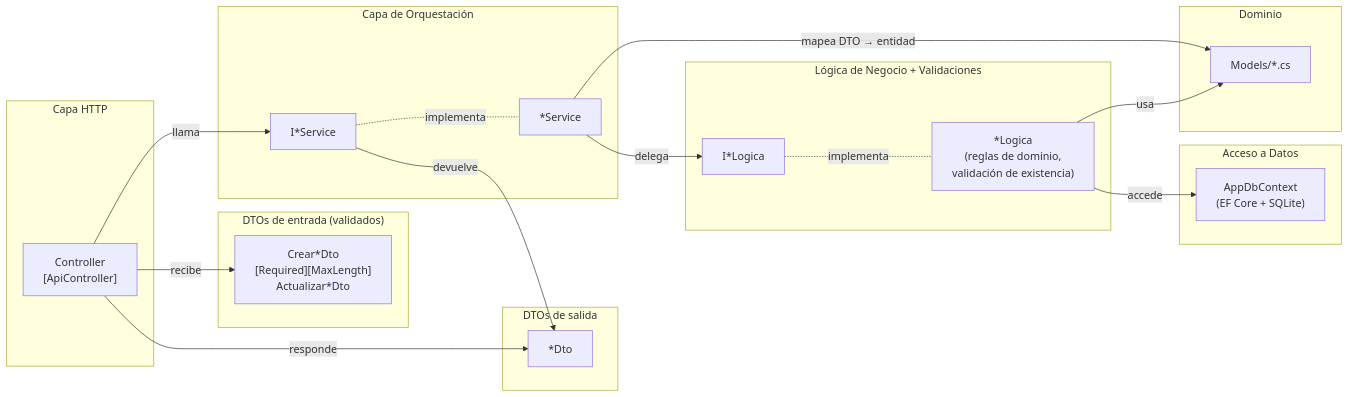
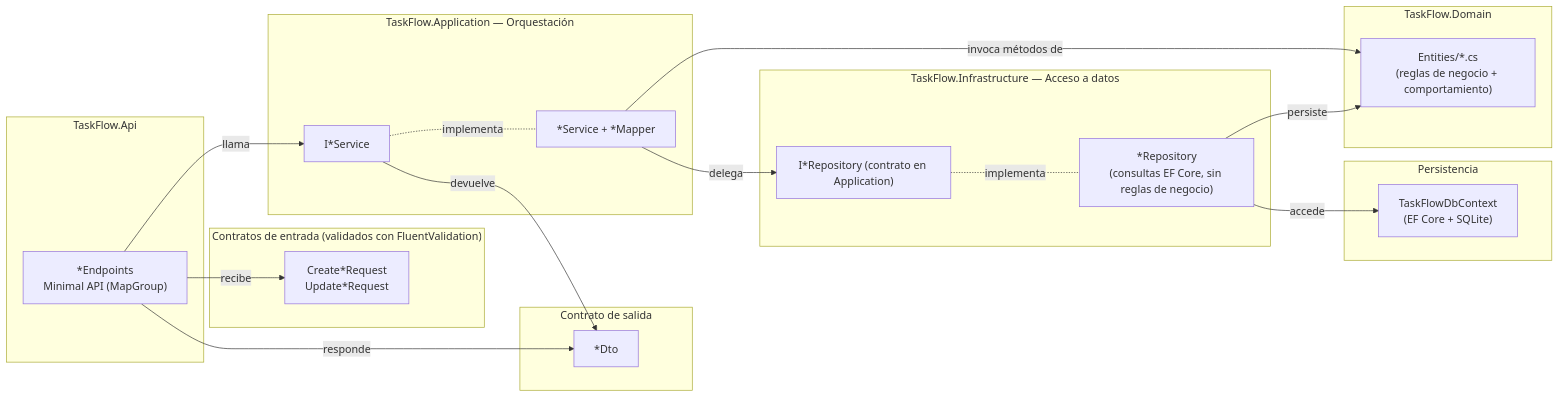
The fourth of 7 diagrams in docs/skills-orquestacion.md (hispafox/app-todolist-260921), drawn with Mermaid before and after one commit. The commit also changed other lines of this file and 15 other files, not shown here.

First line of the commit message:
docs(skills): alinear skills y documentacion de orquestacion con la arquitectura real de TaskFlow

````diff
--- a/docs/skills-orquestacion.md
+++ b/docs/skills-orquestacion.md
@@ -147,44 +145,44 @@
 ```mermaid
 flowchart LR
-    subgraph HTTP["Capa HTTP"]
-        C["Controller\n[ApiController]"]
+    subgraph HTTP["TaskFlow.Api"]
+        C["*Endpoints\nMinimal API (MapGroup)"]
     end
 
-    subgraph DTO_IN["DTOs de entrada (validados)"]
-        DI["Crear*Dto\n[Required][MaxLength]\nActualizar*Dto"]
+    subgraph DTO_IN["Contratos de entrada (validados con FluentValidation)"]
+        DI["Create*Request\nUpdate*Request"]
     end
 
-    subgraph DTO_OUT["DTOs de salida"]
+    subgraph DTO_OUT["Contrato de salida"]
         DO["*Dto"]
     end
 
-    subgraph SVC["Capa de Orquestación"]
+    subgraph SVC["TaskFlow.Application — Orquestación"]
         SI["I*Service"]
-        SS["*Service"]
+        SS["*Service + *Mapper"]
         SI -.implementa.- SS
     end
 
-    subgraph BL["Lógica de Negocio + Validaciones"]
-        LI["I*Logica"]
-        LS["*Logica\n(reglas de dominio,\nvalidación de existencia)"]
+    subgraph BL["TaskFlow.Infrastructure — Acceso a datos"]
+        LI["I*Repository (contrato en Application)"]
+        LS["*Repository\n(consultas EF Core, sin reglas de negocio)"]
         LI -.implementa.- LS
     end
 
-    subgraph DATA["Acceso a Datos"]
-        DB["AppDbContext\n(EF Core + SQLite)"]
+    subgraph DATA["Persistencia"]
+        DB["TaskFlowDbContext\n(EF Core + SQLite)"]
     end
 
-    subgraph DOM["Dominio"]
-        MO["Models/*.cs"]
+    subgraph DOM["TaskFlow.Domain"]
+        MO["Entities/*.cs\n(reglas de negocio + comportamiento)"]
     end
 
     C -->|"recibe"| DI
     C -->|"llama"| SI
     SI -->|"devuelve"| DO
     C -->|"responde"| DO
 
-    SS -->|"mapea DTO → entidad"| MO
+    SS -->|"invoca métodos de"| MO
     SS -->|"delega"| LI
-    LS -->|"usa"| MO
+    LS -->|"persiste"| MO
     LS -->|"accede"| DB
 ```
````
